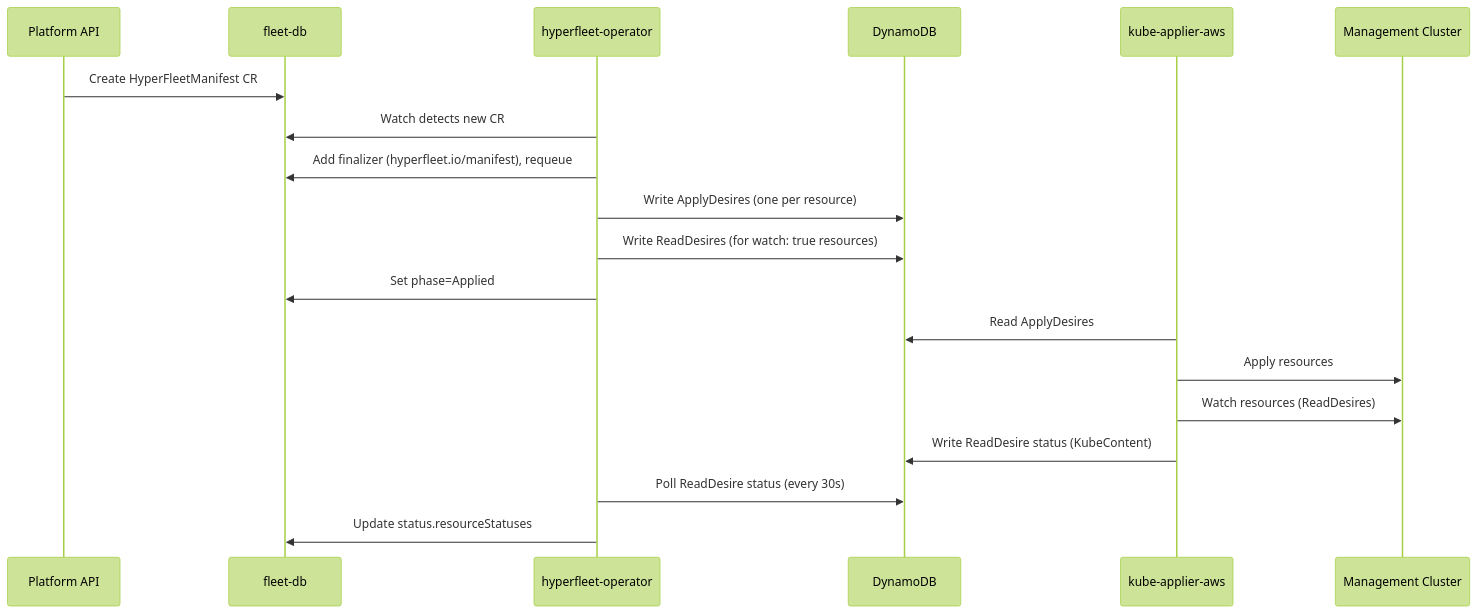
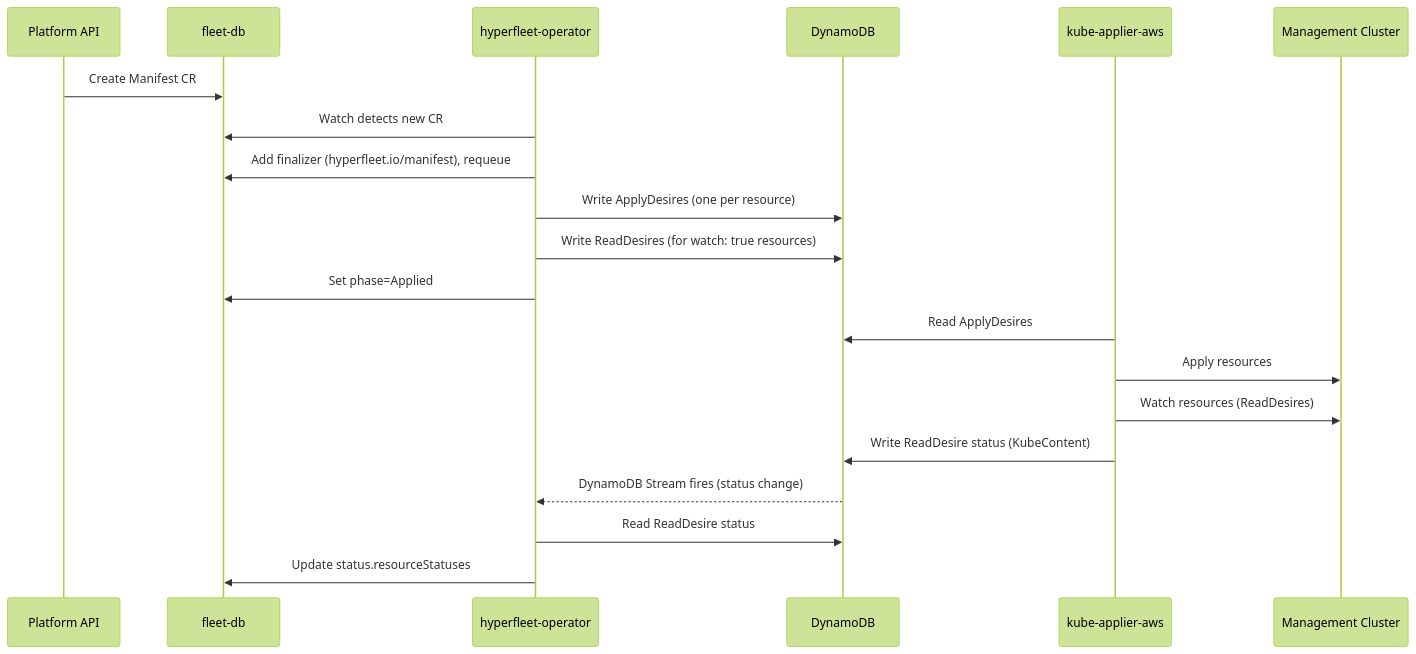
One commit to typeid/hyperfleet-operator changed the first of 2 diagrams in docs/manifest-controller.md. Above: the diagram before and after it, drawn with Mermaid (forest theme). The commit also changed other lines of this file and 9 other files, not shown here.

First line of the commit message:
feat: add DynamoDB Streams for manifest status feedback

````diff
--- a/docs/manifest-controller.md
+++ b/docs/manifest-controller.md
@@ -9,22 +9,23 @@
 ```mermaid
 sequenceDiagram
     participant API as Platform API
     participant FDB as fleet-db
     participant Op as hyperfleet-operator
     participant DDB as DynamoDB
     participant KA as kube-applier-aws
     participant MC as Management Cluster
 
-    API->>FDB: Create HyperFleetManifest CR
+    API->>FDB: Create Manifest CR
     Op->>FDB: Watch detects new CR
     Op->>FDB: Add finalizer (hyperfleet.io/manifest), requeue
     Op->>DDB: Write ApplyDesires (one per resource)
     Op->>DDB: Write ReadDesires (for watch: true resources)
     Op->>FDB: Set phase=Applied
     KA->>DDB: Read ApplyDesires
     KA->>MC: Apply resources
     KA->>MC: Watch resources (ReadDesires)
     KA->>DDB: Write ReadDesire status (KubeContent)
-    Op->>DDB: Poll ReadDesire status (every 30s)
+    DDB-->>Op: DynamoDB Stream fires (status change)
+    Op->>DDB: Read ReadDesire status
     Op->>FDB: Update status.resourceStatuses
 ```
````
